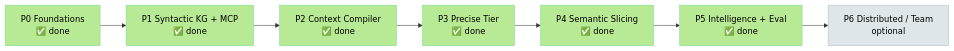
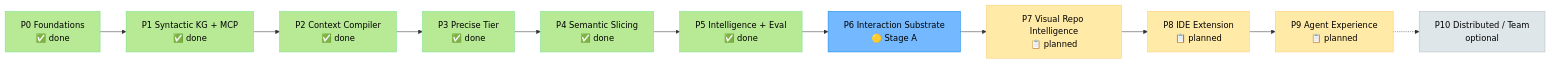
Before and after one commit to Md-Jazbee/prism: the first of 2 diagrams in docs/planning/TASKS-AND-PROGRESS.md, drawn with Mermaid. The commit also changed other lines of this file and 68 other files, not shown here.

````diff
--- a/docs/planning/TASKS-AND-PROGRESS.md
+++ b/docs/planning/TASKS-AND-PROGRESS.md
@@ -26,17 +33,25 @@
 ```mermaid
 flowchart LR
     P0[P0 Foundations<br/>✅ done] --> P1[P1 Syntactic KG + MCP<br/>✅ done]
     P1 --> P2[P2 Context Compiler<br/>✅ done]
     P2 --> P3[P3 Precise Tier<br/>✅ done]
     P3 --> P4[P4 Semantic Slicing<br/>✅ done]
     P4 --> P5[P5 Intelligence + Eval<br/>✅ done]
-    P5 --> P6[P6 Distributed / Team<br/>optional]
+    P5 --> P6[P6 Interaction Substrate<br/>🟡 Stage A]
+    P6 --> P7[P7 Visual Repo Intelligence<br/>📋 planned]
+    P7 --> P8[P8 IDE Extension<br/>📋 planned]
+    P8 --> P9[P9 Agent Experience<br/>📋 planned]
+    P9 -.-> P10[P10 Distributed / Team<br/>optional]
 
     style P0 fill:#b8e994,stroke:#78e08f,color:#000
     style P1 fill:#b8e994,stroke:#78e08f,color:#000
     style P2 fill:#b8e994,stroke:#78e08f,color:#000
     style P3 fill:#b8e994,stroke:#78e08f,color:#000
     style P4 fill:#b8e994,stroke:#78e08f,color:#000
     style P5 fill:#b8e994,stroke:#78e08f,color:#000
-    style P6 fill:#dfe6e9,stroke:#b2bec3,color:#000
+    style P6 fill:#74b9ff,stroke:#0984e3,color:#000
+    style P7 fill:#ffeaa7,stroke:#fdcb6e,color:#000
+    style P8 fill:#ffeaa7,stroke:#fdcb6e,color:#000
+    style P9 fill:#ffeaa7,stroke:#fdcb6e,color:#000
+    style P10 fill:#dfe6e9,stroke:#b2bec3,color:#000
 ```
````
